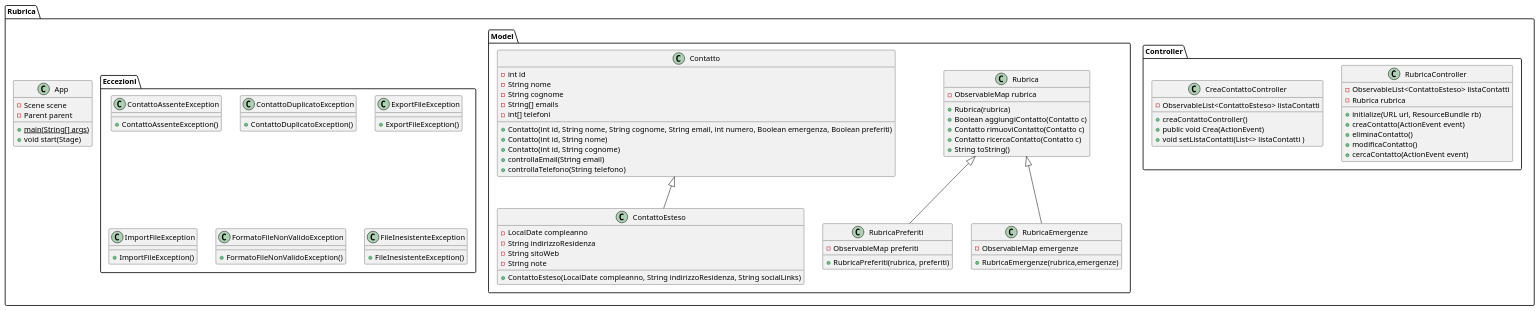
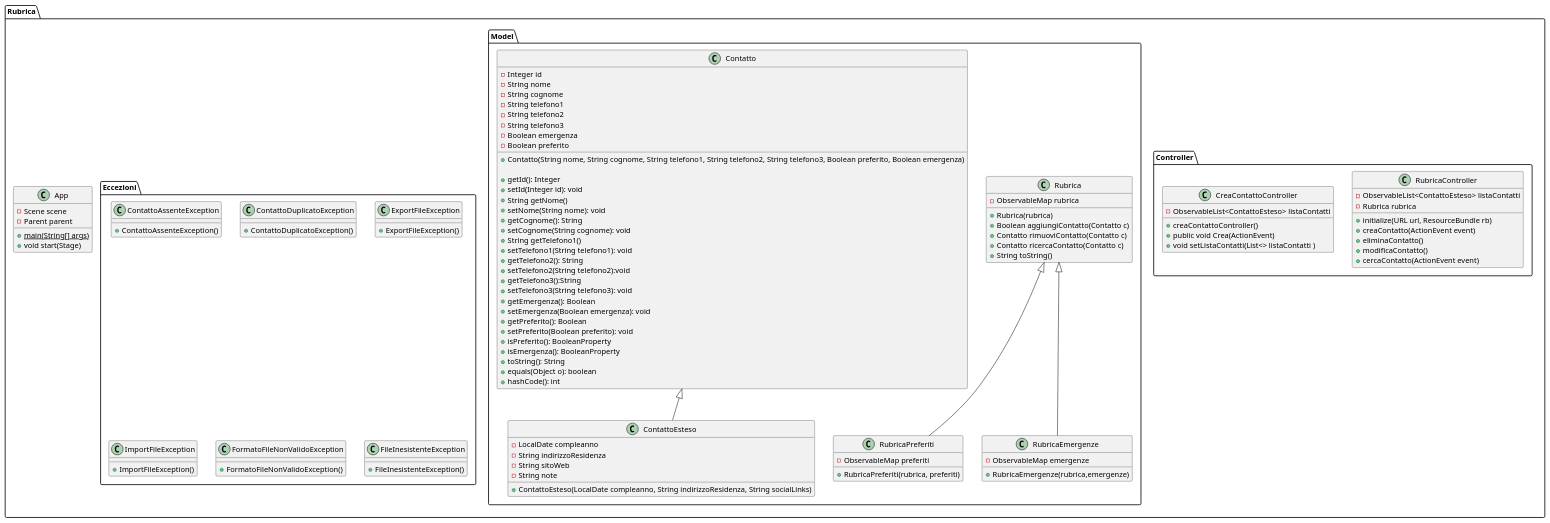
Before and after one commit to emanueletocci/uni-swe-project: the diagram in docs/bozze/Diagrammi/Classi2/DiagrammiClassi.puml, drawn with PlantUML.

Commit message:
diagramma delle classi contatto

```diff
--- a/docs/bozze/Diagrammi/Classi2/DiagrammiClassi.puml
+++ b/docs/bozze/Diagrammi/Classi2/DiagrammiClassi.puml
@@ -1,91 +1,115 @@
 @startuml
 package Rubrica {
         class App {
             - Scene scene
             - Parent parent
             + {static} main(String[] args)
             + void start(Stage)
         }
     package Controller{
         class RubricaController{
             - ObservableList<ContattoEsteso> listaContatti 
             - Rubrica rubrica
             + initialize(URL url, ResourceBundle rb)
             + creaContatto(ActionEvent event)
             + eliminaContatto()
             + modificaContatto()
             + cercaContatto(ActionEvent event)
         }
         class CreaContattoController{
             - ObservableList<ContattoEsteso> listaContatti 
             + creaContattoController()
             + public void Crea(ActionEvent)
             + void setListaContatti(List<> listaContatti )
         }
     }
     package Model{
         class Rubrica{
             - ObservableMap rubrica
             + Rubrica(rubrica)
             + Boolean aggiungiContatto(Contatto c)
             + Contatto rimuoviContatto(Contatto c)
             + Contatto ricercaContatto(Contatto c)
             + String toString()
         }
         class RubricaPreferiti{
             - ObservableMap preferiti
             + RubricaPreferiti(rubrica, preferiti)
         }
         class RubricaEmergenze{
             - ObservableMap emergenze
             + RubricaEmergenze(rubrica,emergenze)
         }
 
-        class Contatto{
-            - int id
-            - String nome
-            - String cognome
-            - String[] emails
-            - int[] telefoni
-            + Contatto(int id, String nome, String cognome, String email, int numero, Boolean emergenza, Boolean preferiti)
-            + Contatto(int id, String nome)
-            + Contatto(int id, String cognome)
-            + controllaEmail(String email)
-            + controllaTelefono(String telefono)
+        class Contatto {
+    - Integer id
+    - String nome
+    - String cognome
+    - String telefono1
+    - String telefono2
+    - String telefono3
+    - Boolean emergenza
+    - Boolean preferito
+
+    + Contatto(String nome, String cognome, String telefono1, String telefono2, String telefono3, Boolean preferito, Boolean emergenza)
+    
+    + getId(): Integer
+    + setId(Integer id): void
+    + String getNome()
+    + setNome(String nome): void 
+    + getCognome(): String 
+    + setCognome(String cognome): void 
+    + String getTelefono1()
+    + setTelefono1(String telefono1): void
+    + getTelefono2(): String
+    + setTelefono2(String telefono2):void
+    + getTelefono3():String
+    + setTelefono3(String telefono3): void 
+    + getEmergenza(): Boolean 
+    + setEmergenza(Boolean emergenza): void 
+    + getPreferito(): Boolean
+    + setPreferito(Boolean preferito): void
+    + isPreferito(): BooleanProperty 
+    + isEmergenza(): BooleanProperty 
+    + toString(): String 
+    + equals(Object o): boolean 
+    + hashCode(): int
+
+
         }
         class ContattoEsteso {
             - LocalDate compleanno
             - String indirizzoResidenza
             - String sitoWeb
             - String note
             + ContattoEsteso(LocalDate compleanno, String indirizzoResidenza, String socialLinks)
 
         }
         Contatto <|-- ContattoEsteso
         Rubrica <|-- RubricaEmergenze
         Rubrica <|-- RubricaPreferiti
 
     }
 
   package Eccezioni {
     class ContattoAssenteException{
       + ContattoAssenteException()
     }
     class ContattoDuplicatoException{
       + ContattoDuplicatoException()
     }
     class ExportFileException{
       + ExportFileException()
     }
     class ImportFileException{
       + ImportFileException()
     }
     class FormatoFileNonValidoException{
         + FormatoFileNonValidoException()
     }
     class FileInesistenteException{
         + FileInesistenteException()
     }
   }
 }
 @enduml
```
